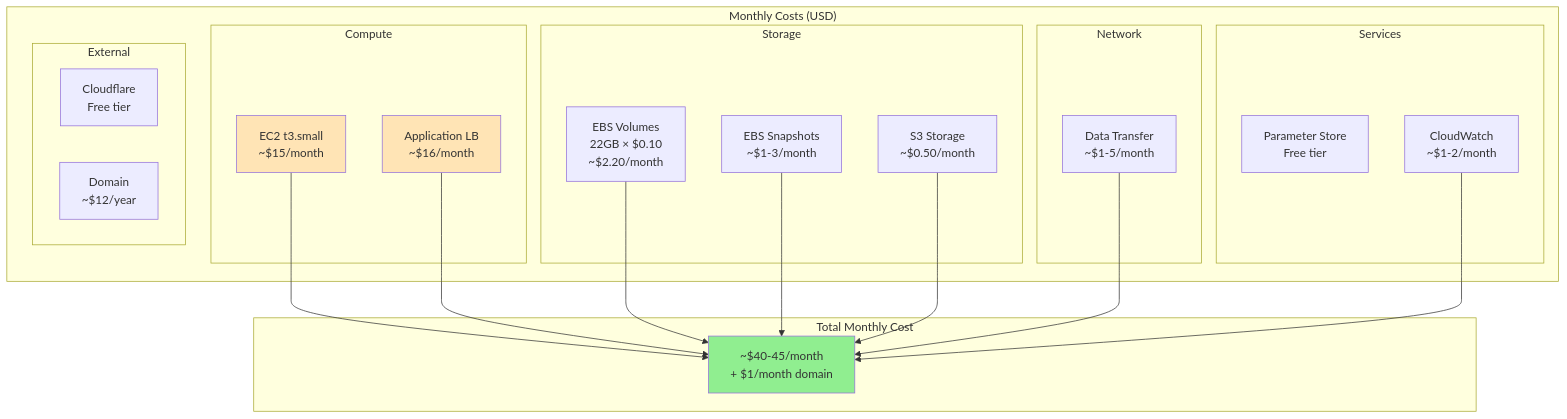
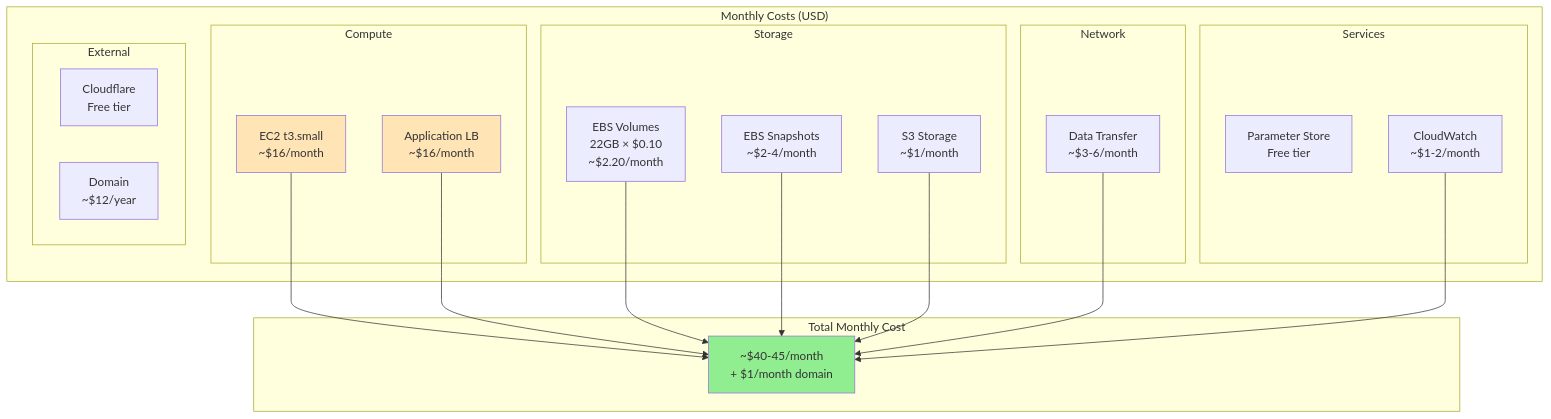
The ninth of 10 diagrams in DIAGRAMS.md (zhorvatic/n8n-self-hosted), drawn with Mermaid before and after one commit. The commit also changed 2 other files, not shown here.

Commit message:
docs: tidies up documentation, adds badges

````diff
--- a/DIAGRAMS.md
+++ b/DIAGRAMS.md
@@ -421,45 +421,45 @@
 ```mermaid
 graph TB
     subgraph "Monthly Costs (USD)"
         subgraph "Compute"
-            EC2[EC2 t3.small<br/>~$15/month]
+            EC2[EC2 t3.small<br/>~$16/month]
             ALB[Application LB<br/>~$16/month]
         end
         
         subgraph "Storage"
             EBS[EBS Volumes<br/>22GB × $0.10<br/>~$2.20/month]
-            Snap[EBS Snapshots<br/>~$1-3/month]
-            S3[S3 Storage<br/>~$0.50/month]
+            Snap[EBS Snapshots<br/>~$2-4/month]
+            S3[S3 Storage<br/>~$1/month]
         end
         
         subgraph "Network"
-            Data[Data Transfer<br/>~$1-5/month]
+            Data[Data Transfer<br/>~$3-6/month]
         end
         
         subgraph "Services"
             SSM[Parameter Store<br/>Free tier]
             CW[CloudWatch<br/>~$1-2/month]
         end
         
         subgraph "External"
             CF[Cloudflare<br/>Free tier]
             Domain[Domain<br/>~$12/year]
         end
     end
     
     subgraph "Total Monthly Cost"
         Total[~$40-45/month<br/>+ $1/month domain]
     end
     
     EC2 --> Total
     ALB --> Total
     EBS --> Total
     Snap --> Total
     S3 --> Total
     Data --> Total
     CW --> Total
     
     style Total fill:#90EE90
     style EC2 fill:#FFE4B5
     style ALB fill:#FFE4B5
 ```
````
